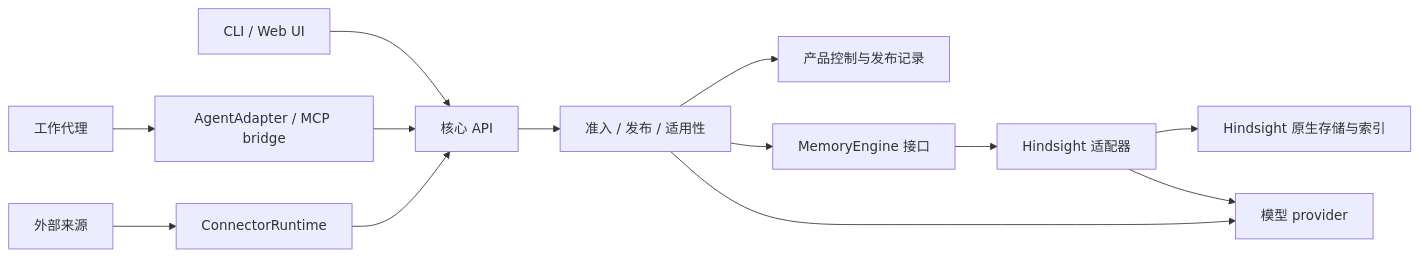
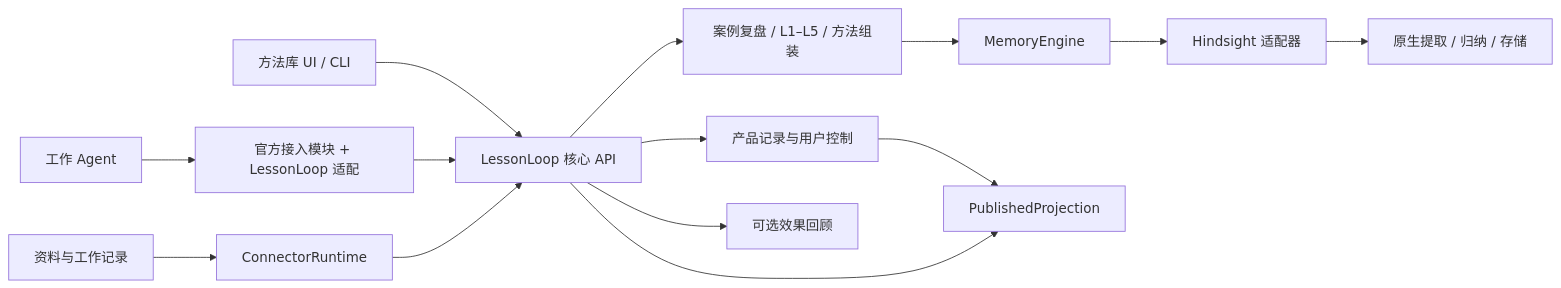
The diagram in docs/03-architecture.md (cubika/LessonLoop), drawn with Mermaid before and after one commit. The commit also changed other lines of this file and 34 other files, not shown here.

````diff
--- a/docs/03-architecture.md
+++ b/docs/03-architecture.md
@@ -9,15 +7,16 @@
 ```mermaid
 flowchart LR
-    UI[CLI / Web UI] --> API[核心 API]
-    Agent[工作代理] --> Adapter[AgentAdapter / MCP bridge]
-    Adapter --> API
-    Sources[外部来源] --> Sync[ConnectorRuntime]
-    Sync --> API
-    API --> Policy[准入 / 发布 / 适用性]
-    Policy --> Control[产品控制与发布记录]
-    Policy --> Engine[MemoryEngine 接口]
+    Agent[工作 Agent] --> Adapter[官方接入模块 + LessonLoop 适配]
+    External[资料与工作记录] --> Connector[ConnectorRuntime]
+    UI[方法库 UI / CLI] --> Core[LessonLoop 核心 API]
+    Adapter --> Core
+    Connector --> Core
+    Core --> Learning[案例复盘 / L1–L5 / 方法组装]
+    Core --> Store[产品记录与用户控制]
+    Learning --> Engine[MemoryEngine]
     Engine --> H[Hindsight 适配器]
-    H --> HStore[Hindsight 原生存储与索引]
-    H --> Provider[模型 provider]
-    Policy --> Provider
+    H --> Native[原生提取 / 归纳 / 存储]
+    Store --> Index[PublishedProjection]
+    Core --> Index
+    Core --> Review[可选效果回顾]
 ```
````
